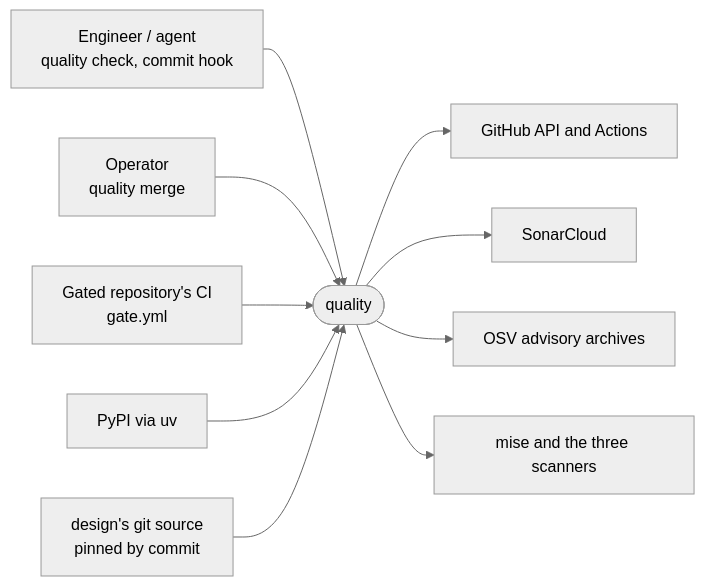
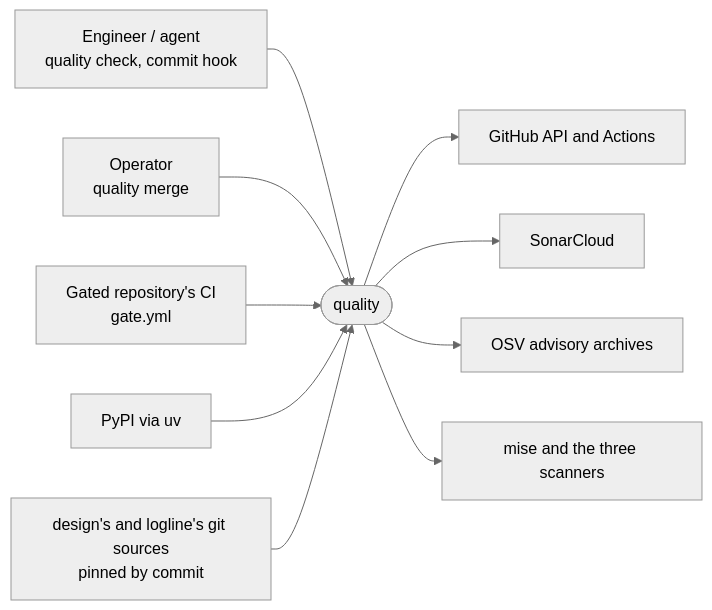
The first of 3 diagrams in docs/ARCHITECTURE.md (overnightworks/quality), drawn with Mermaid (neutral theme) before and after one commit. The commit also changed other lines of this file and 16 other files, not shown here.

````diff
--- a/docs/ARCHITECTURE.md
+++ b/docs/ARCHITECTURE.md
@@ -16,22 +16,22 @@
 ```mermaid
 flowchart LR
     engineer["Engineer / agent<br/>quality check, commit hook"]
     operator["Operator<br/>quality merge"]
     ci["Gated repository's CI<br/>gate.yml"]
     quality(["quality"])
     github["GitHub API and Actions"]
     sonarcloud["SonarCloud"]
     osv["OSV advisory archives"]
     mise["mise and the three scanners"]
     pypi["PyPI via uv"]
-    design["design's git source<br/>pinned by commit"]
+    design["design's and logline's git sources<br/>pinned by commit"]
     engineer --> quality
     operator --> quality
     ci --> quality
     quality --> github
     quality --> sonarcloud
     quality --> osv
     quality --> mise
     pypi --> quality
     design --> quality
 ```
````
